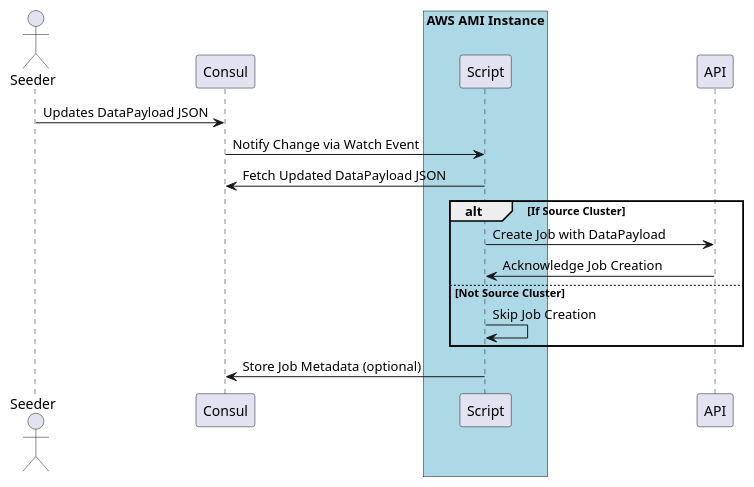
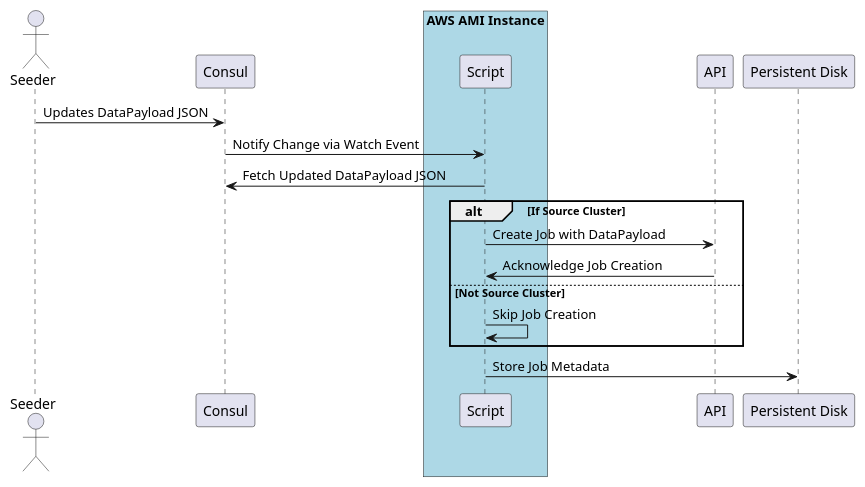
The diagram in Python/job.puml (parirajan/GitHubRepoAssignment), drawn with PlantUML before and after one commit.

```diff
--- a/Python/job.puml
+++ b/Python/job.puml
@@ -1,23 +1,24 @@
 @startuml
 actor Seeder as U
 participant "Consul" as C
 
 box "AWS AMI Instance" #LightBlue
     participant "Script" as S
 end box
 
 participant "API" as A
+participant "Persistent Disk" as PD
 
 U -> C: Updates DataPayload JSON
 C -> S: Notify Change via Watch Event
 S -> C: Fetch Updated DataPayload JSON
 
 alt If Source Cluster
     S -> A: Create Job with DataPayload
     A -> S: Acknowledge Job Creation
 else Not Source Cluster
     S -> S: Skip Job Creation
 end alt
 
-S -> C: Store Job Metadata (optional)
+S -> PD: Store Job Metadata
 @enduml
```
